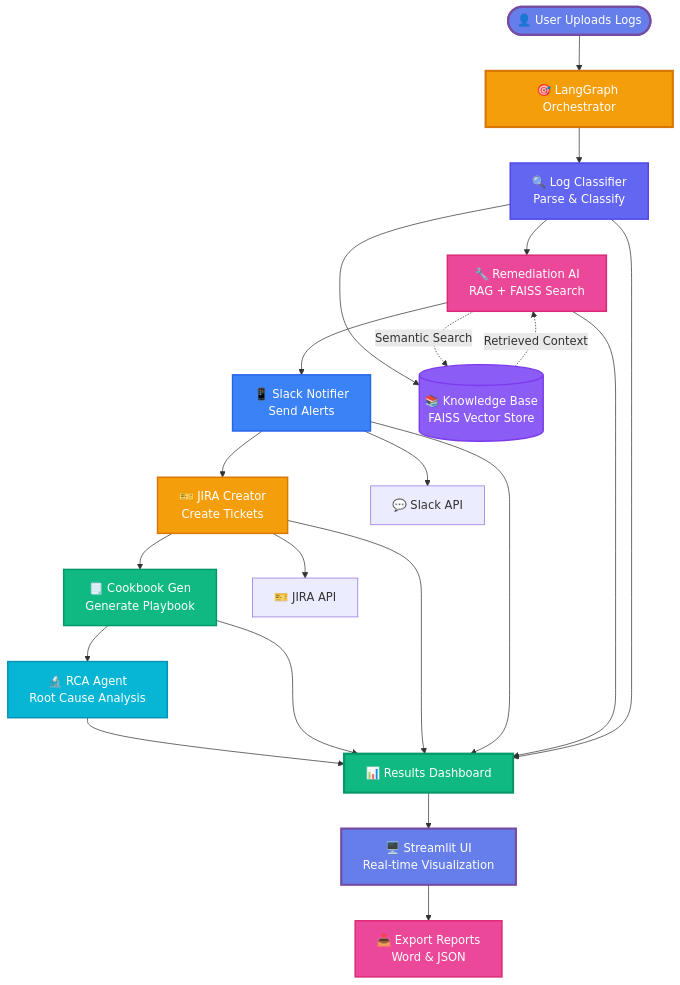
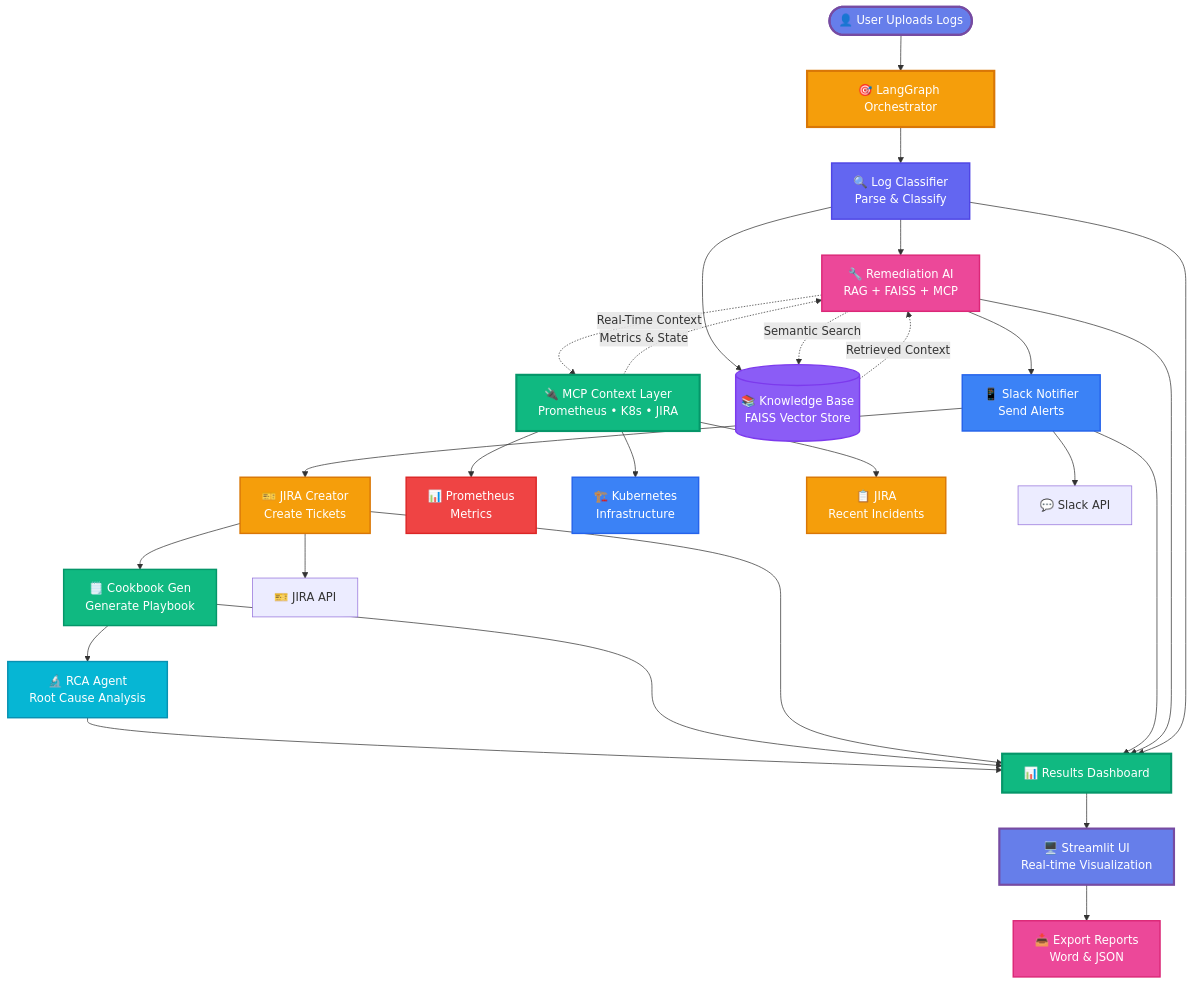
One commit to sushilk001/outskills-hakathon changed the diagram in README.md. Above: the diagram before and after it, drawn with Mermaid. The commit also changed other lines of this file and 9 other files, not shown here.

````diff
--- a/README.md
+++ b/README.md
@@ -125,41 +126,51 @@
 ```mermaid
 graph TB
     Start([👤 User Uploads Logs]) --> Orchestrator[🎯 LangGraph Orchestrator]
     
     Orchestrator --> Agent1[🔍 Log Classifier<br/>Parse & Classify]
-    Agent1 --> Agent2[🔧 Remediation AI<br/>RAG + FAISS Search]
+    Agent1 --> Agent2[🔧 Remediation AI<br/>RAG + FAISS + MCP]
     Agent2 --> Agent3[📱 Slack Notifier<br/>Send Alerts]
     Agent3 --> Agent4[🎫 JIRA Creator<br/>Create Tickets]
     Agent4 --> Agent5[🗒️ Cookbook Gen<br/>Generate Playbook]
     Agent5 --> Agent6[🔬 RCA Agent<br/>Root Cause Analysis]
     
     Agent1 --> KB[(📚 Knowledge Base<br/>FAISS Vector Store)]
     Agent2 -.->|Semantic Search| KB
     KB -.->|Retrieved Context| Agent2
+    
+    Agent2 -.->|Real-Time Context| MCP[🔌 MCP Context Layer<br/>Prometheus • K8s • JIRA]
+    MCP -.->|Metrics & State| Agent2
+    MCP --> Prometheus[📊 Prometheus<br/>Metrics]
+    MCP --> K8s[🏗️ Kubernetes<br/>Infrastructure]
+    MCP --> JIRAHistory[📋 JIRA<br/>Recent Incidents]
     
     Agent3 --> Slack[💬 Slack API]
     Agent4 --> JIRA[🎫 JIRA API]
     
     Agent6 --> Results[📊 Results Dashboard]
     Agent5 --> Results
     Agent4 --> Results
     Agent3 --> Results
     Agent2 --> Results
     Agent1 --> Results
     
     Results --> UI[🖥️ Streamlit UI<br/>Real-time Visualization]
     UI --> Export[📥 Export Reports<br/>Word & JSON]
     
     style Start fill:#667eea,stroke:#764ba2,stroke-width:3px,color:#fff
     style Orchestrator fill:#f59e0b,stroke:#d97706,stroke-width:3px,color:#fff
     style Agent1 fill:#6366f1,stroke:#4f46e5,stroke-width:2px,color:#fff
     style Agent2 fill:#ec4899,stroke:#db2777,stroke-width:2px,color:#fff
     style Agent3 fill:#3b82f6,stroke:#2563eb,stroke-width:2px,color:#fff
     style Agent4 fill:#f59e0b,stroke:#d97706,stroke-width:2px,color:#fff
     style Agent5 fill:#10b981,stroke:#059669,stroke-width:2px,color:#fff
     style Agent6 fill:#06b6d4,stroke:#0891b2,stroke-width:2px,color:#fff
     style KB fill:#8b5cf6,stroke:#7c3aed,stroke-width:2px,color:#fff
+    style MCP fill:#10b981,stroke:#059669,stroke-width:3px,color:#fff
+    style Prometheus fill:#ef4444,stroke:#dc2626,stroke-width:2px,color:#fff
+    style K8s fill:#3b82f6,stroke:#2563eb,stroke-width:2px,color:#fff
+    style JIRAHistory fill:#f59e0b,stroke:#d97706,stroke-width:2px,color:#fff
     style Results fill:#10b981,stroke:#059669,stroke-width:3px,color:#fff
     style UI fill:#667eea,stroke:#764ba2,stroke-width:3px,color:#fff
     style Export fill:#ec4899,stroke:#db2777,stroke-width:2px,color:#fff
 ```
````
